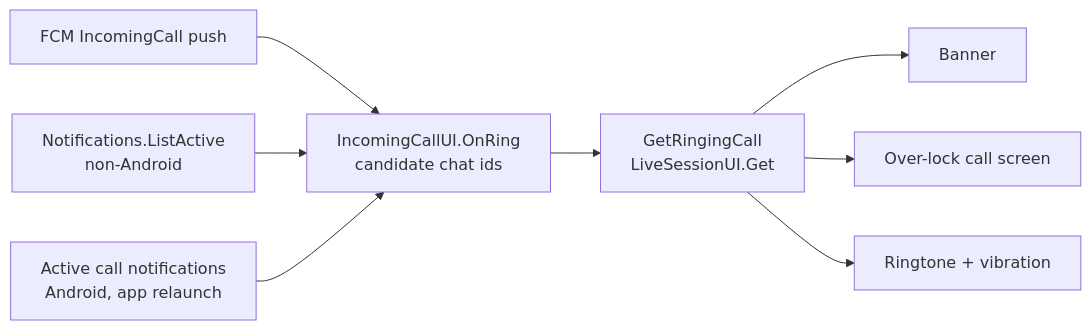
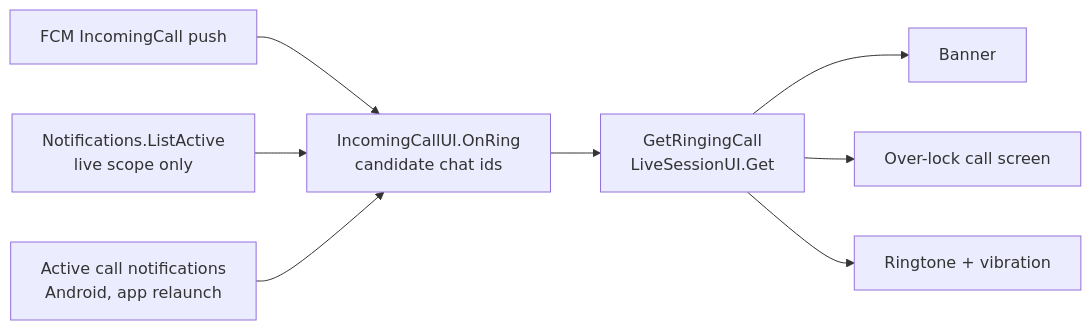
Before and after one commit to Actual-Chat/actual-chat: the diagram in docs/superpowers/specs/2026-07-07-android-incoming-call-ui-design.md, drawn with Mermaid. The commit also changed other lines of this file and 4 other files, not shown here.

````diff
--- a/docs/superpowers/specs/2026-07-07-android-incoming-call-ui-design.md
+++ b/docs/superpowers/specs/2026-07-07-android-incoming-call-ui-design.md
@@ -59,10 +61,10 @@
 ```mermaid
 flowchart LR
     Push[FCM IncomingCall push] --> OnRing
-    ListActive[Notifications.ListActive<br/>non-Android] --> OnRing
+    ListActive[Notifications.ListActive<br/>live scope only] --> OnRing
     ActiveNotif[Active call notifications<br/>Android, app relaunch] --> OnRing
     OnRing[IncomingCallUI.OnRing<br/>candidate chat ids] --> Confirm
     Confirm[GetRingingCall<br/>LiveSessionUI.Get] --> Banner
     Confirm --> OverLock[Over-lock call screen]
     Confirm --> Ringer[Ringtone + vibration]
 ```
````
